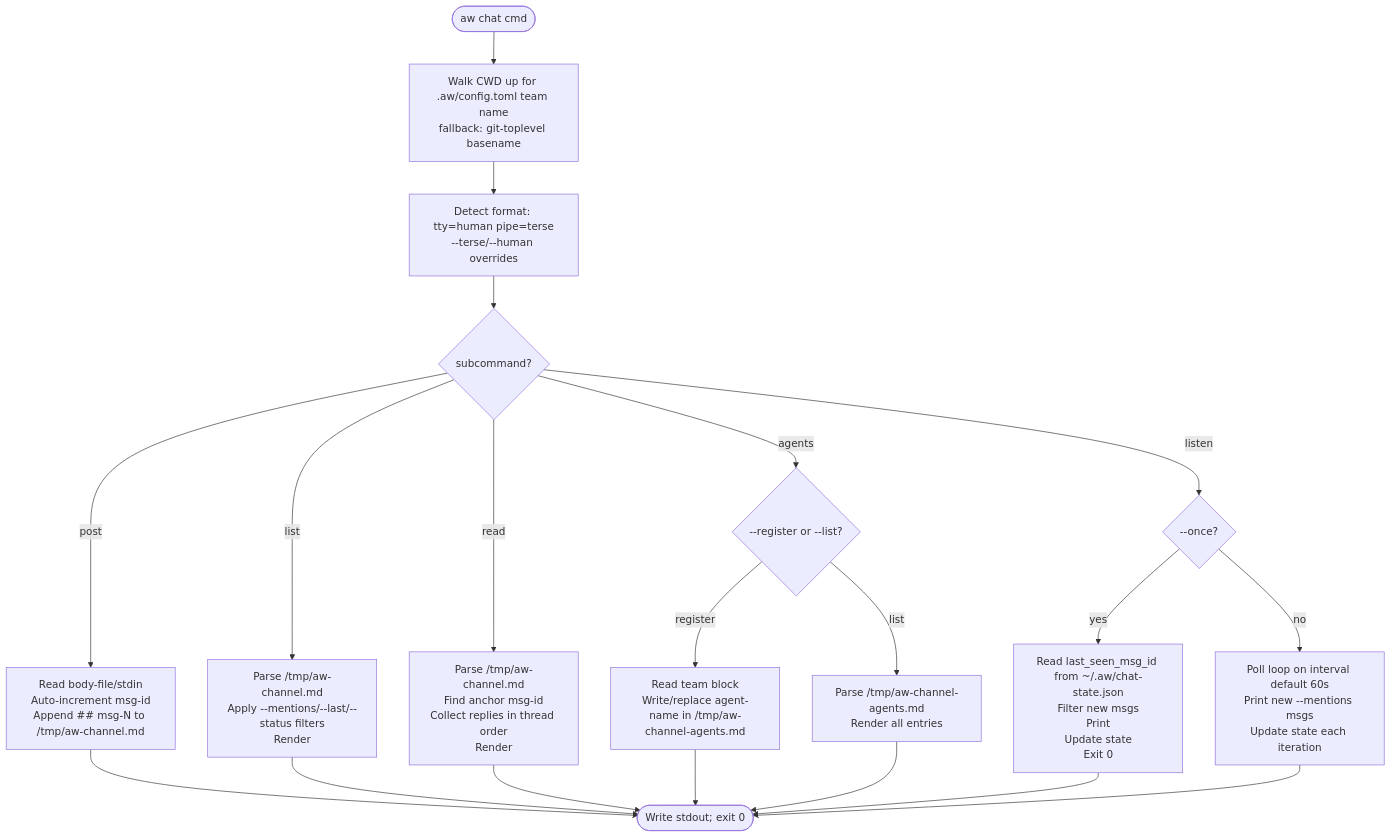
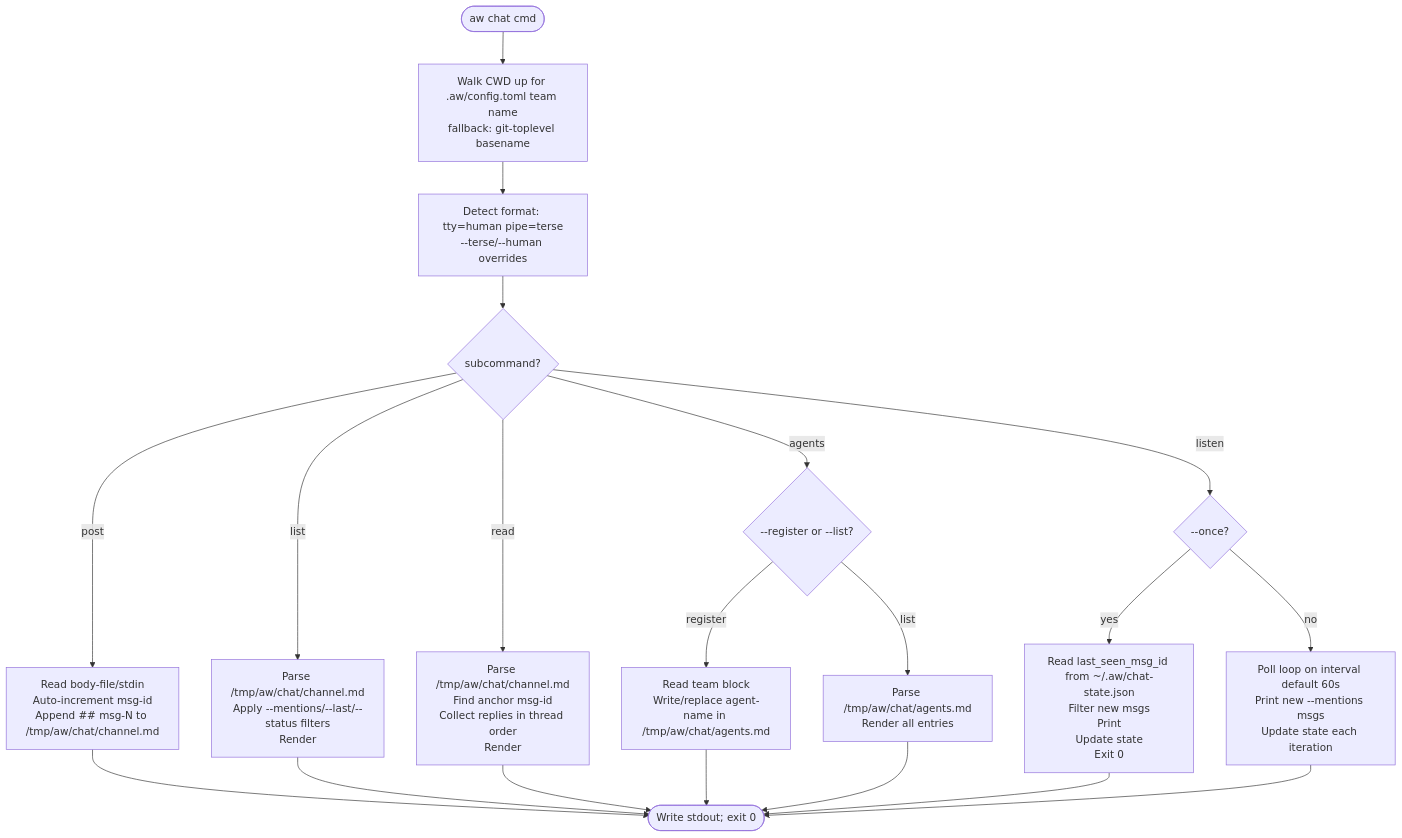
Before and after one commit to chrischeng-c4/axiom: the diagram in projects/agentic-workflow/tech-design/surface/specs/score-chat.md, drawn with Mermaid. The commit also changed other lines of this file and 124 other files, not shown here.

```diff
--- a/projects/agentic-workflow/tech-design/surface/specs/score-chat.md
+++ b/projects/agentic-workflow/tech-design/surface/specs/score-chat.md
@@ -305,11 +305,11 @@
   detect_identity: { kind: process, label: "Walk CWD up for .aw/config.toml [team] name; fallback git-toplevel basename" }
   detect_format: { kind: process, label: "Detect output format: tty=human, pipe=terse; --terse/--human overrides" }
   branch_cmd: { kind: decision, label: "subcommand?" }
-  run_post: { kind: process, label: "post: read body-file/stdin, auto-increment msg-id, append ## msg-N block to /tmp/aw-channel.md" }
-  run_list: { kind: process, label: "list: parse /tmp/aw-channel.md, apply --mentions/--last/--status filters, render" }
-  run_read: { kind: process, label: "read: parse /tmp/aw-channel.md, find anchor msg-id, collect replies in thread order, render" }
-  run_agents_register: { kind: process, label: "agents --register: read [team] block, write/replace ## agent-{name} in /tmp/aw-channel-agents.md" }
-  run_agents_list: { kind: process, label: "agents --list: parse /tmp/aw-channel-agents.md, render all entries" }
+  run_post: { kind: process, label: "post: read body-file/stdin, auto-increment msg-id, append ## msg-N block to /tmp/aw/chat/channel.md" }
+  run_list: { kind: process, label: "list: parse /tmp/aw/chat/channel.md, apply --mentions/--last/--status filters, render" }
+  run_read: { kind: process, label: "read: parse /tmp/aw/chat/channel.md, find anchor msg-id, collect replies in thread order, render" }
+  run_agents_register: { kind: process, label: "agents --register: read [team] block, write/replace ## agent-{name} in /tmp/aw/chat/agents.md" }
+  run_agents_list: { kind: process, label: "agents --list: parse /tmp/aw/chat/agents.md, render all entries" }
   run_listen_once: { kind: process, label: "listen --once: read last_seen_msg_id from ~/.aw/chat-state.json, filter new msgs, print, update state, exit 0" }
   run_listen_loop: { kind: process, label: "listen: poll loop on interval (default 60s), print new --mentions msgs, update state each iteration" }
   output: { kind: terminal, label: "Write stdout; exit 0" }
@@ -368,13 +368,13 @@
     start([aw chat cmd]) --> detect_identity[Walk CWD up for .aw/config.toml team name\nfallback: git-toplevel basename]
     detect_identity --> detect_format[Detect format: tty=human pipe=terse\n--terse/--human overrides]
     detect_format --> branch_cmd{subcommand?}
-    branch_cmd -->|post| run_post[Read body-file/stdin\nAuto-increment msg-id\nAppend ## msg-N to /tmp/aw-channel.md]
-    branch_cmd -->|list| run_list[Parse /tmp/aw-channel.md\nApply --mentions/--last/--status filters\nRender]
-    branch_cmd -->|read| run_read[Parse /tmp/aw-channel.md\nFind anchor msg-id\nCollect replies in thread order\nRender]
+    branch_cmd -->|post| run_post[Read body-file/stdin\nAuto-increment msg-id\nAppend ## msg-N to /tmp/aw/chat/channel.md]
+    branch_cmd -->|list| run_list[Parse /tmp/aw/chat/channel.md\nApply --mentions/--last/--status filters\nRender]
+    branch_cmd -->|read| run_read[Parse /tmp/aw/chat/channel.md\nFind anchor msg-id\nCollect replies in thread order\nRender]
     branch_cmd -->|agents| branch_agents{--register or --list?}
     branch_cmd -->|listen| branch_listen{--once?}
-    branch_agents -->|register| run_agents_register[Read team block\nWrite/replace agent-name in /tmp/aw-channel-agents.md]
-    branch_agents -->|list| run_agents_list[Parse /tmp/aw-channel-agents.md\nRender all entries]
+    branch_agents -->|register| run_agents_register[Read team block\nWrite/replace agent-name in /tmp/aw/chat/agents.md]
+    branch_agents -->|list| run_agents_list[Parse /tmp/aw/chat/agents.md\nRender all entries]
     branch_listen -->|yes| run_listen_once[Read last_seen_msg_id from ~/.aw/chat-state.json\nFilter new msgs\nPrint\nUpdate state\nExit 0]
     branch_listen -->|no| run_listen_loop[Poll loop on interval default 60s\nPrint new --mentions msgs\nUpdate state each iteration]
     run_post --> output([Write stdout; exit 0])
```
